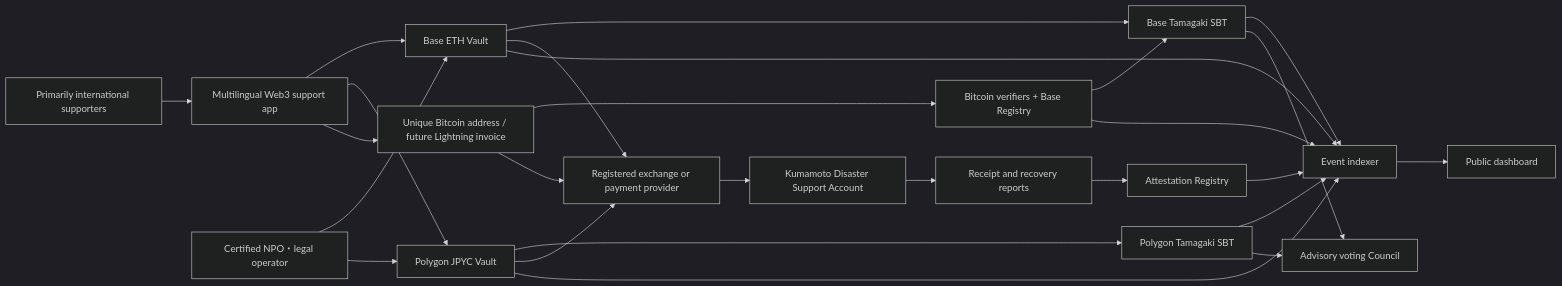
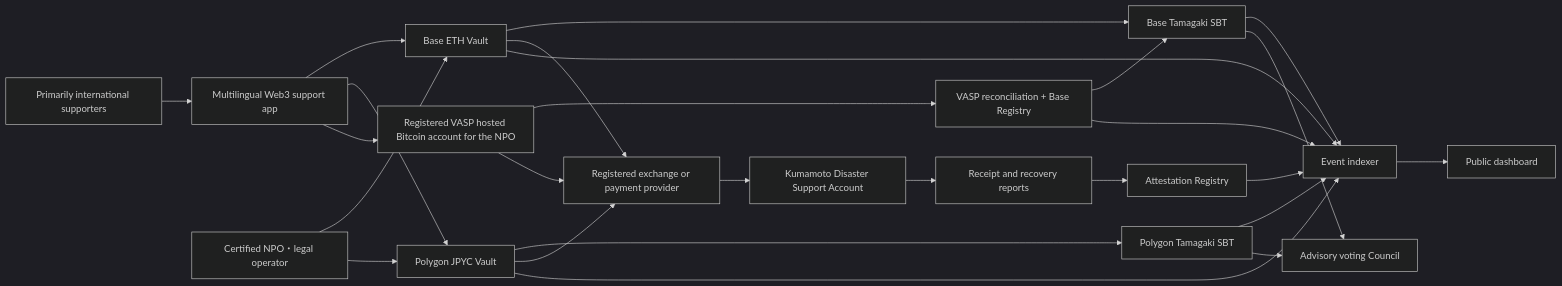
The first of 8 diagrams in docs/en/architecture.md (ShigeichiroYamasaki/yui-no-kaki-kumamoto), drawn with Mermaid (dark theme) before and after one commit. The commit also changed other lines of this file and 17 other files, not shown here.

Commit message:
Adopt VASP-hosted Bitcoin intake

````diff
--- a/docs/en/architecture.md
+++ b/docs/en/architecture.md
@@ -5,28 +7,28 @@
 ```mermaid
 flowchart LR
   S[Primarily international supporters] --> W[Multilingual Web3 support app]
   W --> BV[Base ETH Vault]
   W --> PV[Polygon JPYC Vault]
-  W --> BTC[Unique Bitcoin address / future Lightning invoice]
-  BTC --> BR[Bitcoin verifiers + Base Registry]
+  W --> BTC[Registered VASP hosted Bitcoin account for the NPO]
+  BTC --> BR[VASP reconciliation + Base Registry]
   N["Certified NPO・legal operator"] --> BV
   N --> PV
   BV --> BT[Base Tamagaki SBT]
   PV --> PT[Polygon Tamagaki SBT]
   BR --> BT
   BV --> X[Registered exchange or payment provider]
   PV --> X
   BTC --> X
   X --> K[Kumamoto Disaster Support Account]
   K --> A[Receipt and recovery reports]
   A --> R[Attestation Registry]
   BV --> I[Event indexer]
   PV --> I
   BT --> I
   PT --> I
   BR --> I
   R --> I
   I --> D[Public dashboard]
   BT --> C[Advisory voting Council]
   PT --> C
 ```
````
